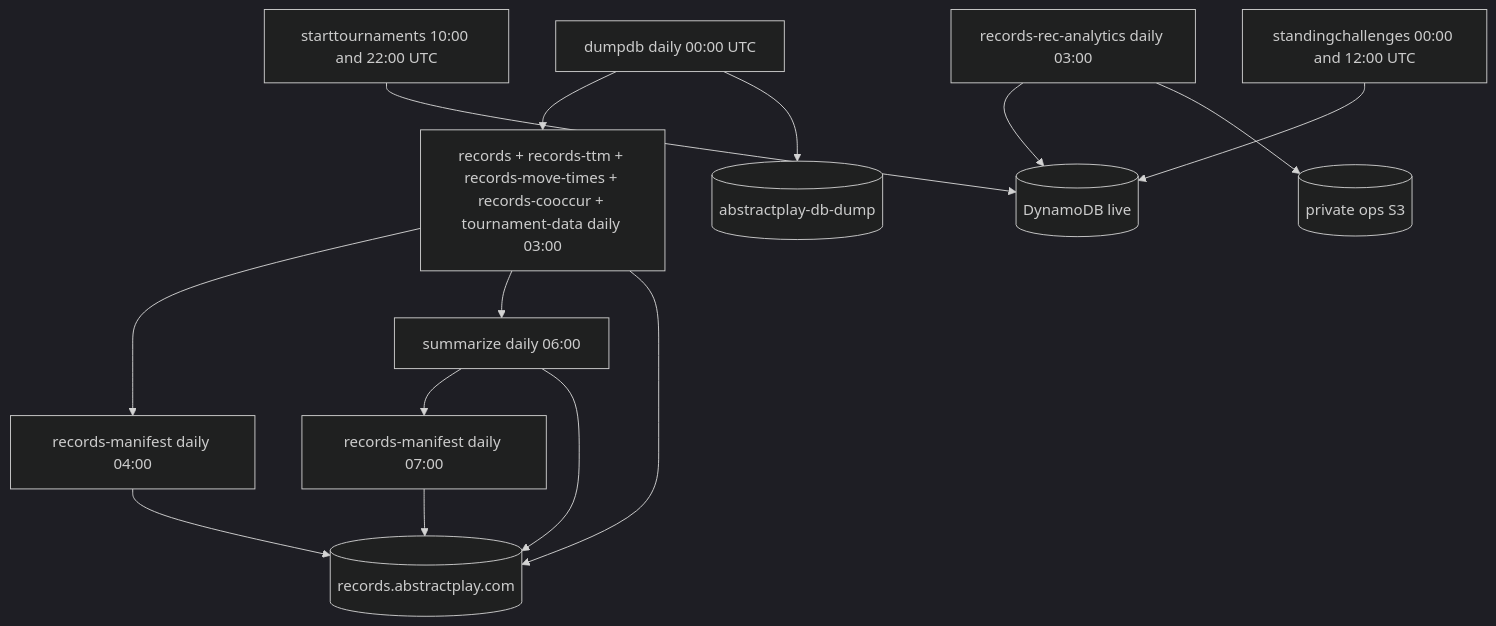
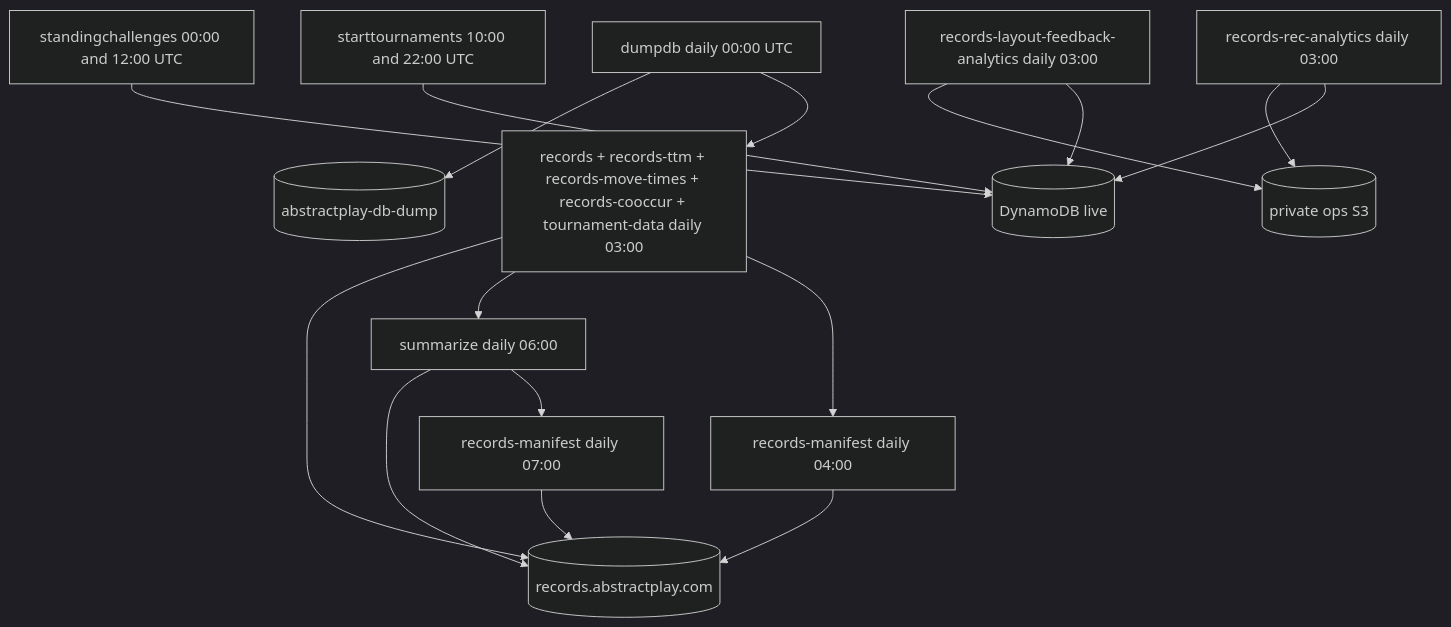
The diagram in docs/pipeline.md (AbstractPlay/backend-crons), drawn with Mermaid (dark theme) before and after one commit. The commit also changed other lines of this file and 8 other files, not shown here.

````diff
--- a/docs/pipeline.md
+++ b/docs/pipeline.md
@@ -23,16 +23,18 @@
 ```mermaid
 flowchart TD
     dumpdb["dumpdb daily 00:00 UTC"] --> batch["records + records-ttm + records-move-times + records-cooccur + tournament-data daily 03:00"]
     recanalytics["records-rec-analytics daily 03:00"] --> ddb[(DynamoDB live)]
     recanalytics --> s3ops[(private ops S3)]
+    layoutfb["records-layout-feedback-analytics daily 03:00"] --> ddb
+    layoutfb --> s3ops
     batch --> manifest1["records-manifest daily 04:00"]
     batch --> summarize["summarize daily 06:00"]
     summarize --> manifest2["records-manifest daily 07:00"]
     live1["starttournaments 10:00 and 22:00 UTC"] --> ddb[(DynamoDB live)]
     live2["standingchallenges 00:00 and 12:00 UTC"] --> ddb
     dumpdb --> s3dump[(abstractplay-db-dump)]
     batch --> s3rec[(records.abstractplay.com)]
     summarize --> s3rec
     manifest1 --> s3rec
     manifest2 --> s3rec
 ```
````
